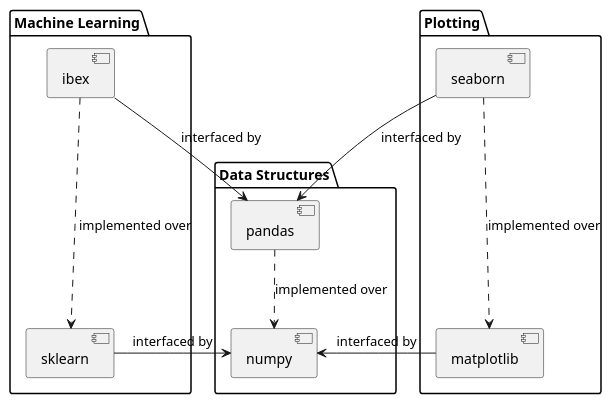
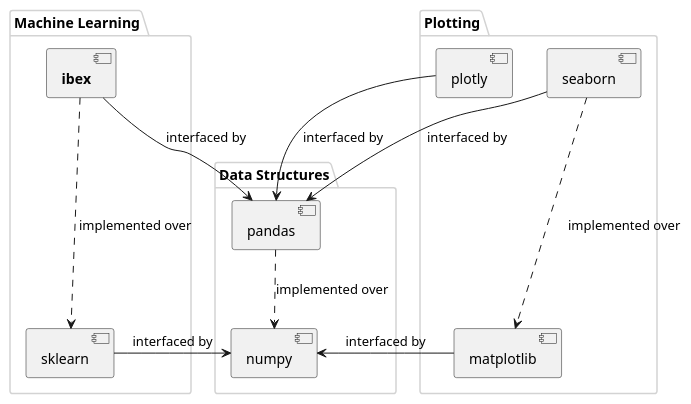
One commit to atavory/ibex changed the diagram in docs/source/overview.rst. Above: the diagram before and after it, drawn with PlantUML.

Commit message:
plantuml

```diff
--- a/docs/source/overview.rst
+++ b/docs/source/overview.rst
@@ -10,25 +10,31 @@
 .. uml::
     :caption: Relation of Ibex to some other packages in the scientific python stack.
 
+    skinparam monochrome true
+    skinparam packageBorderColor lightgrey
+    skinparam shadowing false
+
     package "Plotting" {
         [seaborn]
+        [plotly]
         [matplotlib]
     }
 
     package "Machine Learning" {
         [sklearn]
-        [ibex]
+        [**ibex**]
     }
 
     package "Data Structures" {
         [numpy]
         [pandas]
     }
 
     [sklearn] -> [numpy] : interfaced by
     [matplotlib] -> [numpy] : interfaced by
     [pandas] ..> [numpy] : implemented over
     [seaborn] -> [pandas] : interfaced by
+    [plotly] -> [pandas] : interfaced by
     [seaborn] ..-> [matplotlib] : implemented over
-    [ibex] -> [pandas] : interfaced by
-    [ibex] ..-> [sklearn] : implemented over
+    [**ibex**] -> [pandas] : interfaced by
+    [**ibex**] ..-> [sklearn] : implemented over
```
